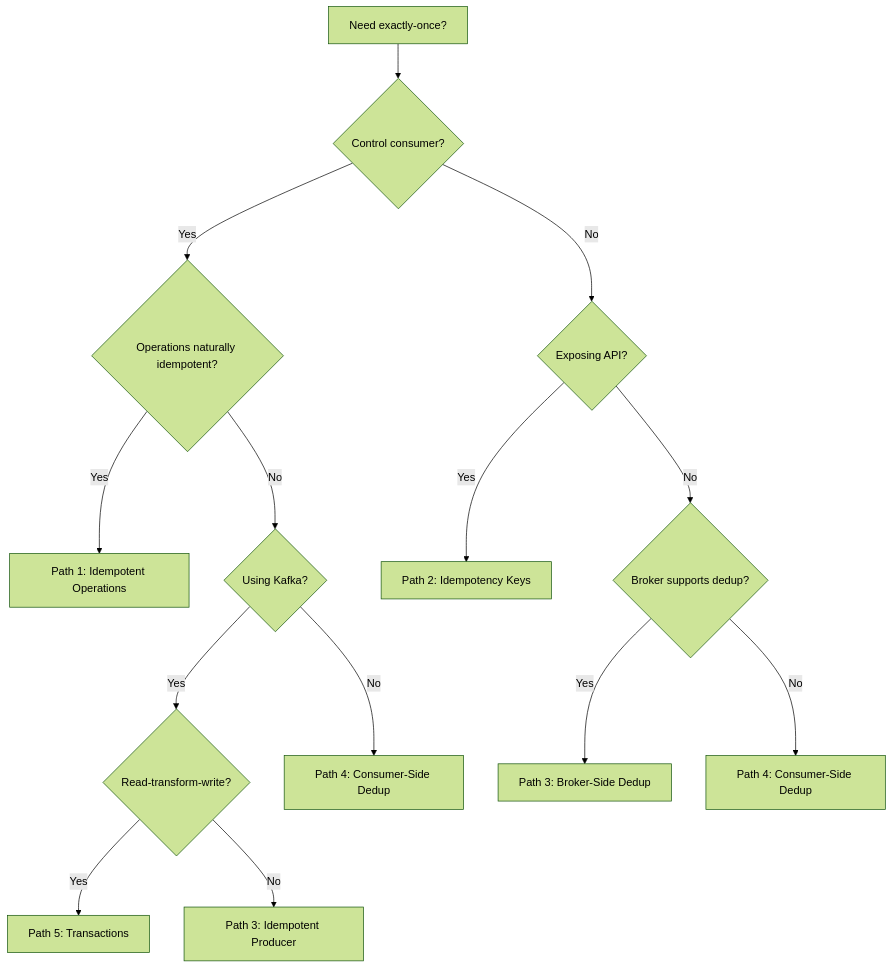
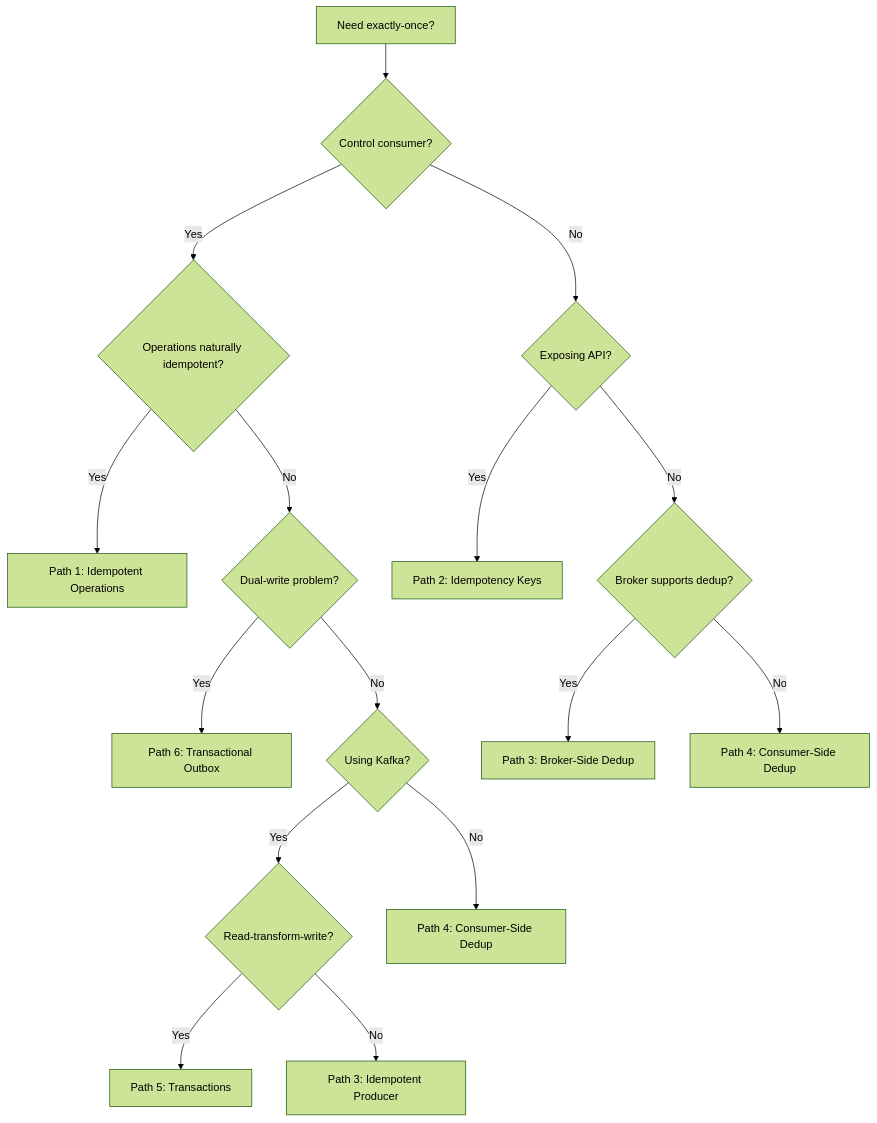
The second of 5 diagrams in v4/content/articles/system-design/core-distributed-patterns/exactly-once-delivery/README.md (sujeet-pro/legacy-personal-site), drawn with Mermaid (forest theme) before and after one commit. The commit also changed other lines of this file and 26 other files, not shown here.

````diff
--- a/v4/content/articles/system-design/core-distributed-patterns/exactly-once-delivery/README.md
+++ b/v4/content/articles/system-design/core-distributed-patterns/exactly-once-delivery/README.md
@@ -505,16 +620,18 @@
 ```mermaid
 flowchart TD
     A[Need exactly-once?] --> B{Control consumer?}
     B -->|Yes| C{Operations naturally idempotent?}
     C -->|Yes| D[Path 1: Idempotent Operations]
-    C -->|No| E{Using Kafka?}
-    E -->|Yes| F{Read-transform-write?}
-    F -->|Yes| G[Path 5: Transactions]
-    F -->|No| H[Path 3: Idempotent Producer]
-    E -->|No| I[Path 4: Consumer-Side Dedup]
-    B -->|No| J{Exposing API?}
-    J -->|Yes| K[Path 2: Idempotency Keys]
-    J -->|No| L{Broker supports dedup?}
-    L -->|Yes| M[Path 3: Broker-Side Dedup]
-    L -->|No| N[Path 4: Consumer-Side Dedup]
+    C -->|No| E{Dual-write problem?}
+    E -->|Yes| F[Path 6: Transactional Outbox]
+    E -->|No| G{Using Kafka?}
+    G -->|Yes| H{Read-transform-write?}
+    H -->|Yes| I[Path 5: Transactions]
+    H -->|No| J[Path 3: Idempotent Producer]
+    G -->|No| K[Path 4: Consumer-Side Dedup]
+    B -->|No| L{Exposing API?}
+    L -->|Yes| M[Path 2: Idempotency Keys]
+    L -->|No| N{Broker supports dedup?}
+    N -->|Yes| O[Path 3: Broker-Side Dedup]
+    N -->|No| P[Path 4: Consumer-Side Dedup]
 ```
````
